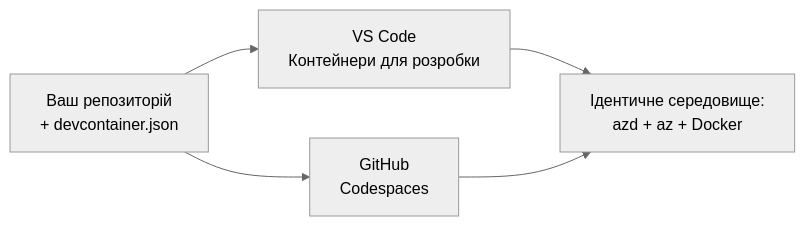
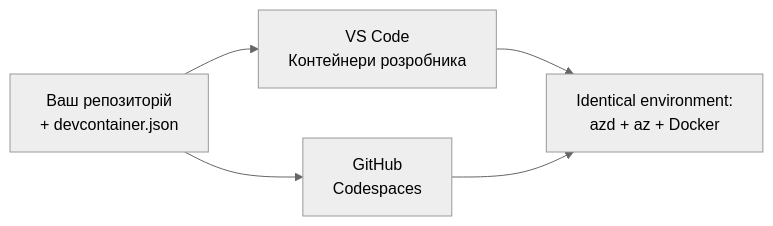
One commit to microsoft/AZD-for-beginners changed the diagram in translations/uk/docs/chapter-01-foundation/dev-containers.md. Above: the diagram before and after it, drawn with Mermaid (neutral theme). The commit also changed other lines of this file and 59 other files, not shown here.

````diff
--- a/translations/uk/docs/chapter-01-foundation/dev-containers.md
+++ b/translations/uk/docs/chapter-01-foundation/dev-containers.md
@@ -41,7 +41,7 @@
 ```mermaid
 graph LR
-    Repo[Ваш репозиторій<br/>+ devcontainer.json] --> VSCode[VS Code<br/>Контейнери для розробки]
+    Repo[Ваш репозиторій<br/>+ devcontainer.json] --> VSCode[VS Code<br/>Контейнери розробника]
     Repo --> Codespaces[GitHub<br/>Codespaces]
-    VSCode --> Env[Ідентичне середовище:<br/>azd + az + Docker]
+    VSCode --> Env[Identical environment:<br/>azd + az + Docker]
     Codespaces --> Env
 ```
````
